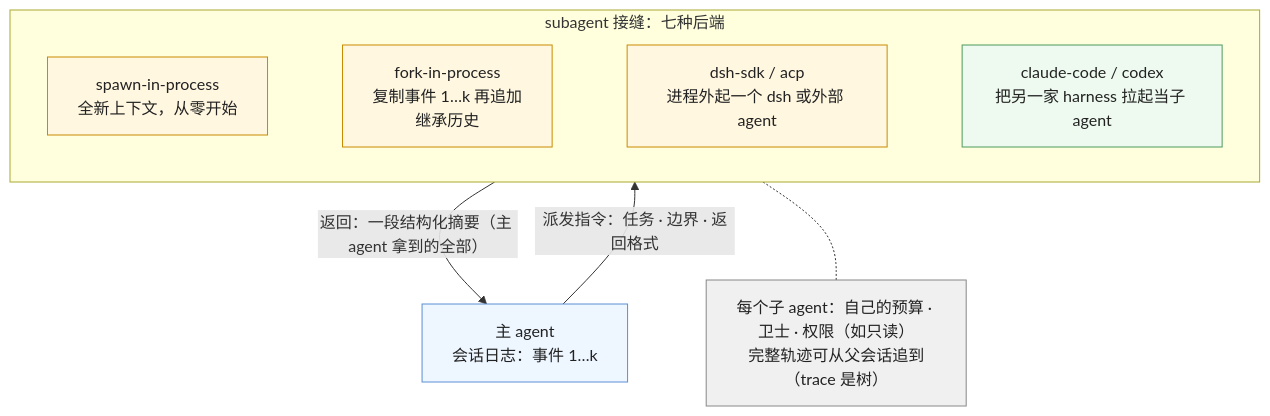
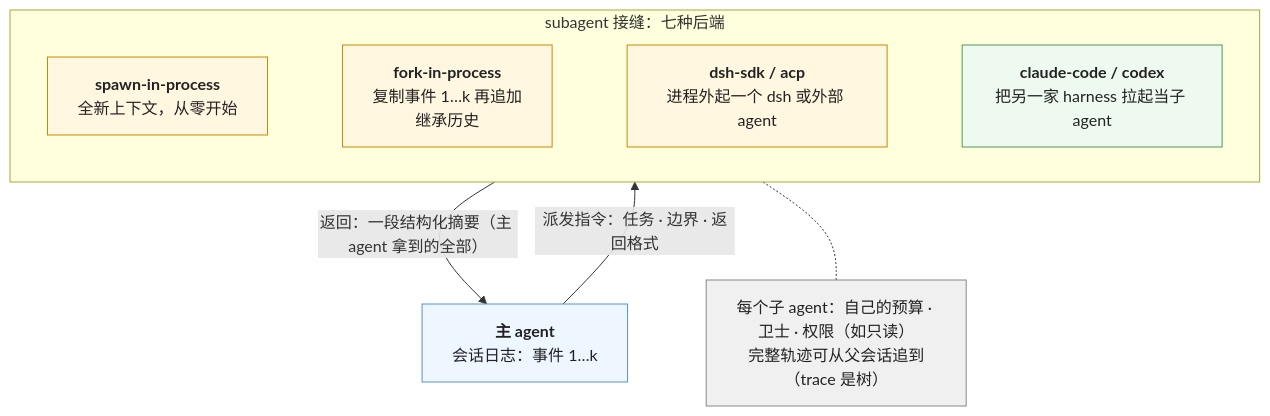
The fourth of 5 diagrams in _posts/2026-10-24-long-horizon-context-management-and-subagents.md (arganzheng/arganzheng.github.com), drawn with Mermaid before and after one commit. The commit also changed other lines of this file and 9 other files, not shown here.

First line of the commit message:
工具、Agent 与 harness：模型怎么从回答变成做事：Mermaid 多行方框的首行标为标题（10 篇）

````diff
--- a/_posts/2026-10-24-long-horizon-context-management-and-subagents.md
+++ b/_posts/2026-10-24-long-horizon-context-management-and-subagents.md
@@ -179,19 +179,19 @@
 ```mermaid
 %% 图：子 agent 的三种形态与 DeepSeek Harness 的七种后端——spawn 从零开始隔离的上下文（适合独立探索），fork 复制父会话的事件前缀继承历史（适合接着当前状态并行做一件事，事件溯源让它只是复制前缀），进程外经 SDK / ACP 起外部 agent，甚至把 Claude Code 或 Codex 拉起当子 agent；主 agent 拿回的只有摘要
 flowchart TB
-    M["主 agent<br/>会话日志：事件 1…k"] -->|"派发指令：任务 · 边界 · 返回格式"| SUB
+    M["<b>主 agent</b><br/>会话日志：事件 1…k"] -->|"派发指令：任务 · 边界 · 返回格式"| SUB
     subgraph SUB["subagent 接缝：七种后端"]
         direction LR
-        S1["spawn-in-process<br/>全新上下文，从零开始"] ~~~ S2["fork-in-process<br/>复制事件 1…k 再追加<br/>继承历史"] ~~~ S3["dsh-sdk / acp<br/>进程外起一个 dsh 或外部 agent"] ~~~ S4["claude-code / codex<br/>把另一家 harness 拉起当子 agent"]
+        S1["<b>spawn-in-process</b><br/>全新上下文，从零开始"] ~~~ S2["<b>fork-in-process</b><br/>复制事件 1…k 再追加<br/>继承历史"] ~~~ S3["<b>dsh-sdk / acp</b><br/>进程外起一个 dsh 或外部 agent"] ~~~ S4["<b>claude-code / codex</b><br/>把另一家 harness 拉起当子 agent"]
     end
     SUB -->|"返回：一段结构化摘要（主 agent 拿到的全部）"| M
     SUB -.- N["每个子 agent：自己的预算 · 卫士 · 权限（如只读）<br/>完整轨迹可从父会话追到（trace 是树）"]
     classDef m fill:#eef6ff,stroke:#5b8fd6,color:#222
     classDef s fill:#fff7e0,stroke:#c98a00,color:#222
     classDef x fill:#eefaf0,stroke:#4d9a5c,color:#222
     classDef n fill:#f0f0f0,stroke:#888,color:#222
     class M m
     class S1,S2,S3 s
     class S4 x
     class N n
 ```
````
